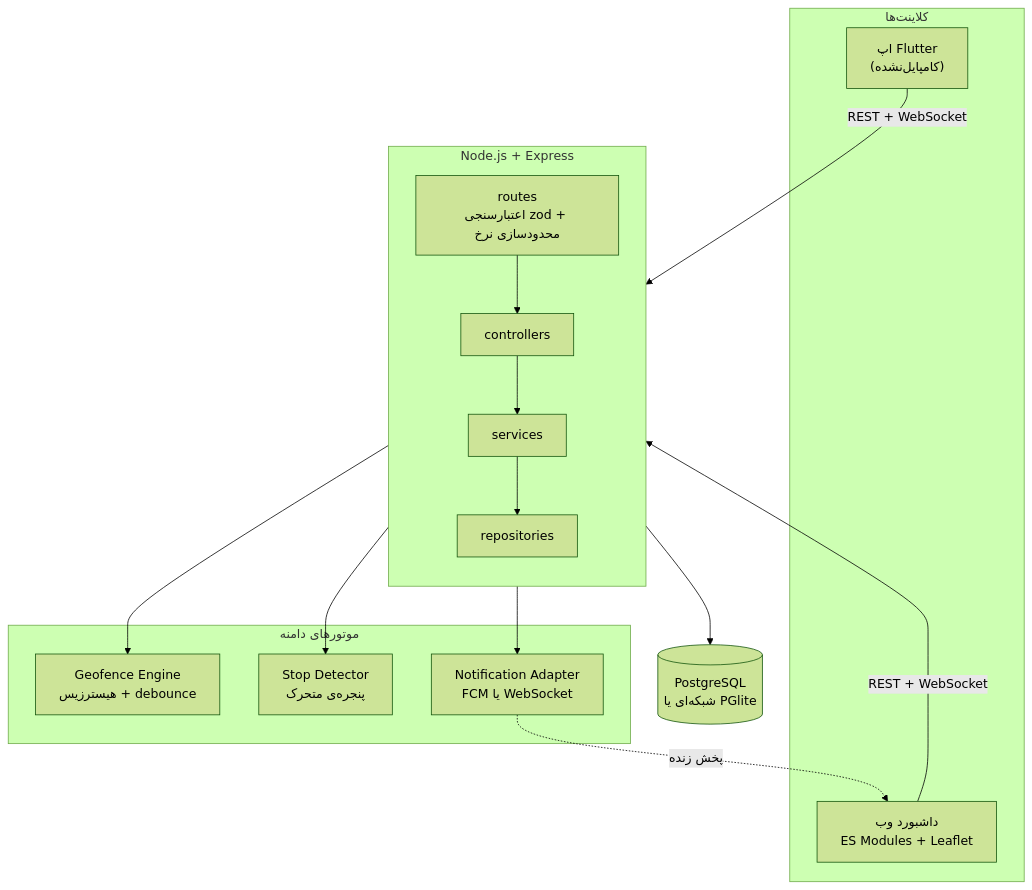
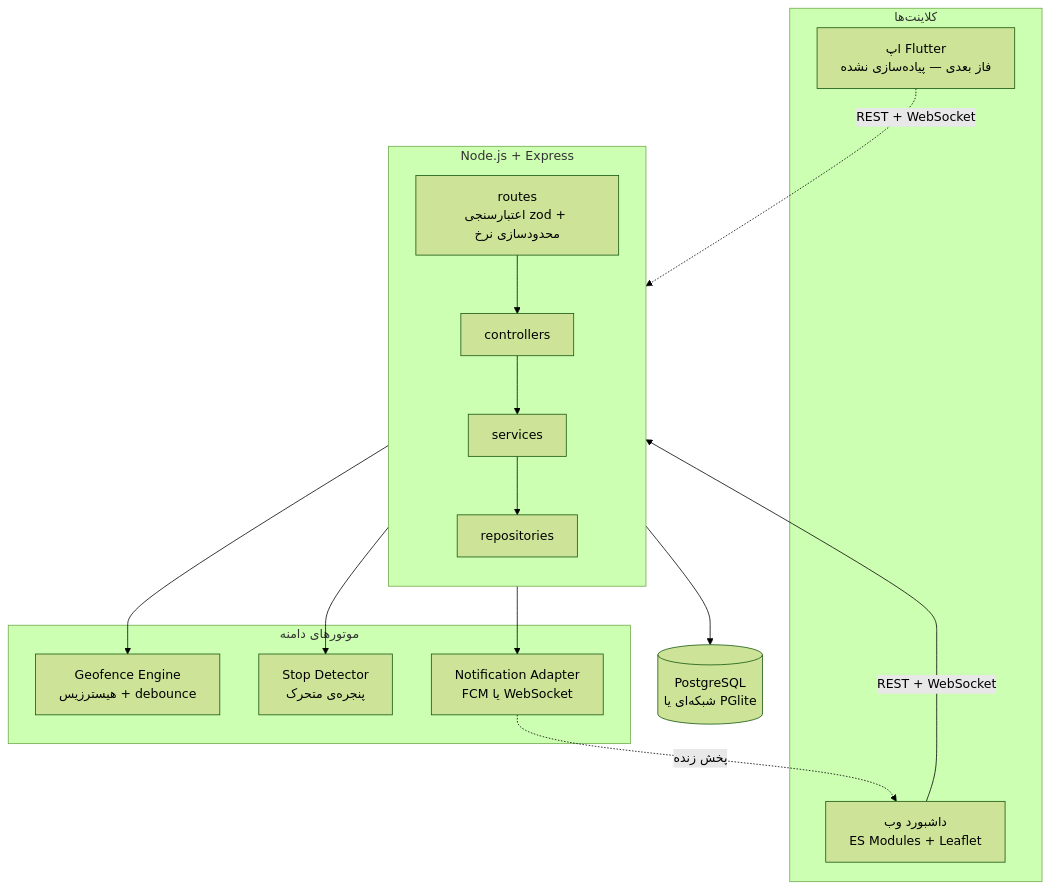
Before and after one commit to MortezaPZ/safestep-demo: the first of 4 diagrams in README.md, drawn with Mermaid (forest theme).

Commit message:
تصحیح برچسب اپ موبایل در نمودار معماری

````diff
--- a/README.md
+++ b/README.md
@@ -115,32 +115,32 @@
 ```mermaid
 flowchart TB
     subgraph clients["کلاینت‌ها"]
         web["داشبورد وب<br/>ES Modules + Leaflet"]
-        mobile["اپ Flutter<br/>(کامپایل‌نشده)"]
+        mobile["اپ Flutter<br/>فاز بعدی — پیاده‌سازی نشده"]
     end
 
     subgraph api["Node.js + Express"]
         direction TB
         routes["routes<br/>اعتبارسنجی zod + محدودسازی نرخ"]
         ctrl["controllers"]
         svc["services"]
         repo["repositories"]
         routes --> ctrl --> svc --> repo
     end
 
     subgraph engines["موتورهای دامنه"]
         geo["Geofence Engine<br/>هیسترزیس + debounce"]
         stop["Stop Detector<br/>پنجره‌ی متحرک"]
         notif["Notification Adapter<br/>FCM یا WebSocket"]
     end
 
     db[("PostgreSQL<br/>شبکه‌ای یا PGlite")]
 
     web -->|"REST + WebSocket"| routes
-    mobile -->|"REST + WebSocket"| routes
+    mobile -.->|"REST + WebSocket"| routes
     svc --> geo
     svc --> stop
     svc --> notif
     repo --> db
     notif -.->|"پخش زنده"| web
 ```
````
